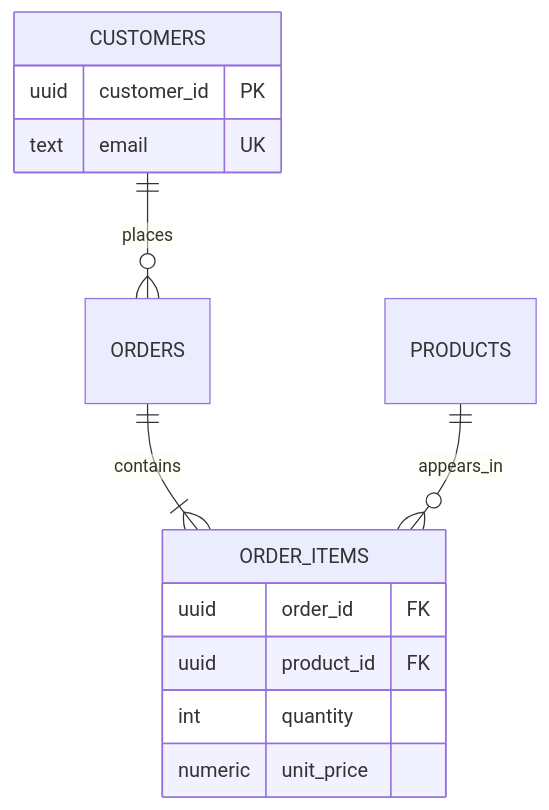
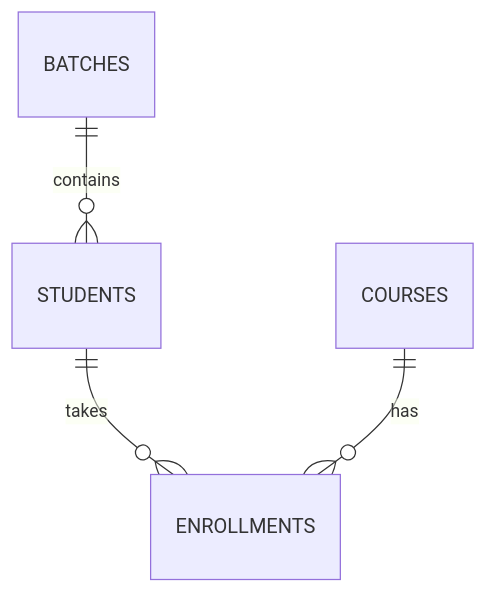
One commit to lokesh95SDE/My_Learnings changed the diagram in Data_Modeling_README.md. Above: the diagram before and after it, drawn with Mermaid. The commit also changed other lines of this file, not shown here.

````diff
--- a/Data_Modeling_README.md
+++ b/Data_Modeling_README.md
@@ -68,16 +247,6 @@
 ```mermaid
 erDiagram
-  CUSTOMERS ||--o{ ORDERS : places
-  ORDERS ||--|{ ORDER_ITEMS : contains
-  PRODUCTS ||--o{ ORDER_ITEMS : appears_in
-  CUSTOMERS {
-    uuid customer_id PK
-    text email UK
-  }
-  ORDER_ITEMS {
-    uuid order_id FK
-    uuid product_id FK
-    int quantity
-    numeric unit_price
-  }
+ BATCHES ||--o{ STUDENTS : contains
+ STUDENTS ||--o{ ENROLLMENTS : takes
+ COURSES ||--o{ ENROLLMENTS : has
 ```
````
